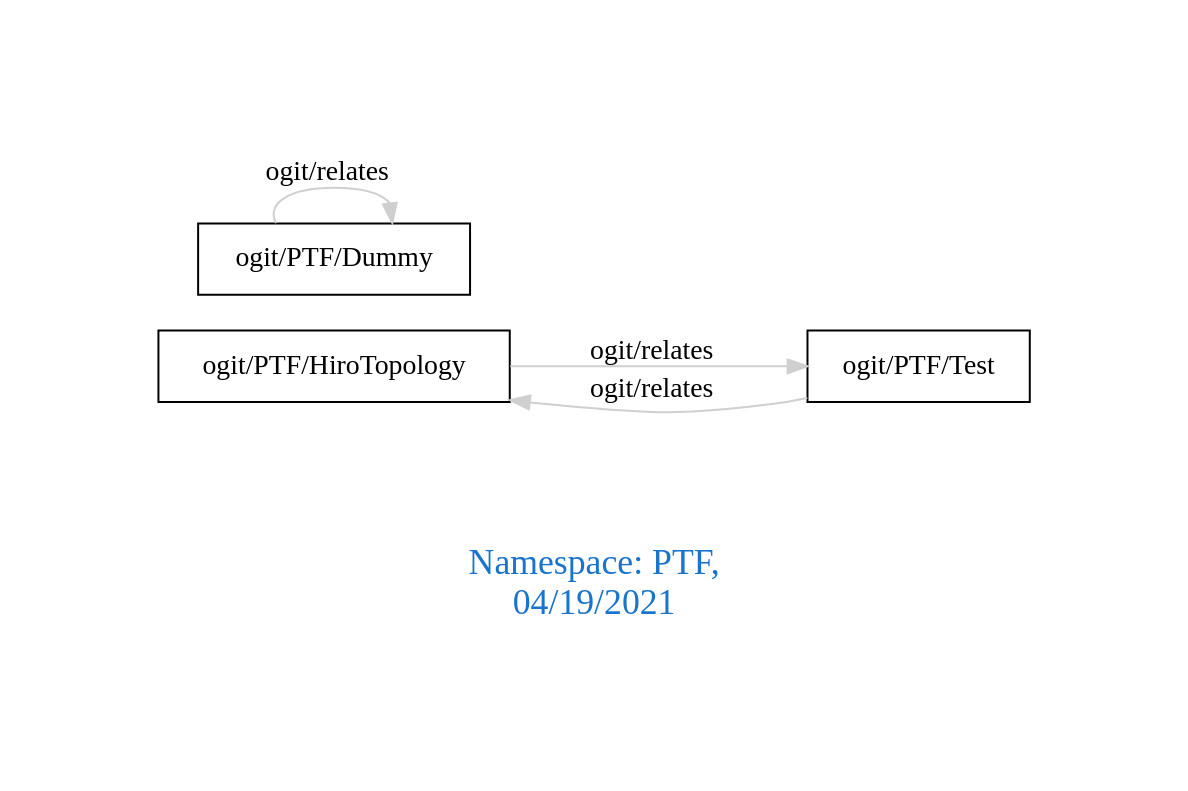
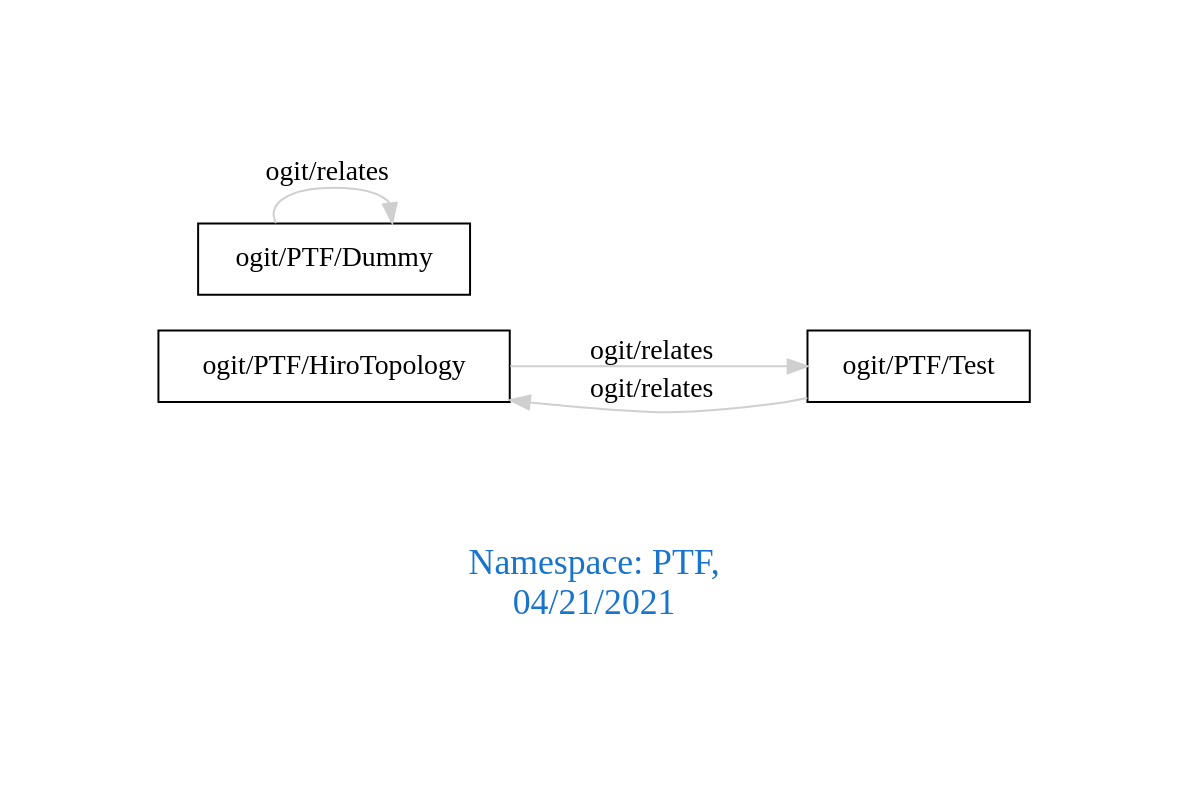
One commit to arago/OGIT changed the diagram in downloads/PTF.dot. Above: the diagram before and after it, drawn with Graphviz. The commit also changed 1868 other files, not shown here.

```diff
--- a/downloads/PTF.dot
+++ b/downloads/PTF.dot
@@ -1,11 +1,11 @@
 digraph OGIT_ontology {
  graph [ rankdir= LR,pad=1 
 fontsize = 18,
-fontcolor= dodgerblue3,label = "\n\n\nNamespace: PTF, \n 04/19/2021"];
+fontcolor= dodgerblue3,label = "\n\n\nNamespace: PTF, \n 04/21/2021"];
 node[shape=polygon];
 edge [  color="gray81"];
 
    "ogit/PTF/HiroTopology" -> "ogit/PTF/Test" [label="   ogit/relates    "];
    "ogit/PTF/Test" -> "ogit/PTF/HiroTopology" [label="   ogit/relates    "];
    "ogit/PTF/Dummy" -> "ogit/PTF/Dummy" [label="   ogit/relates    "];
 }
```
